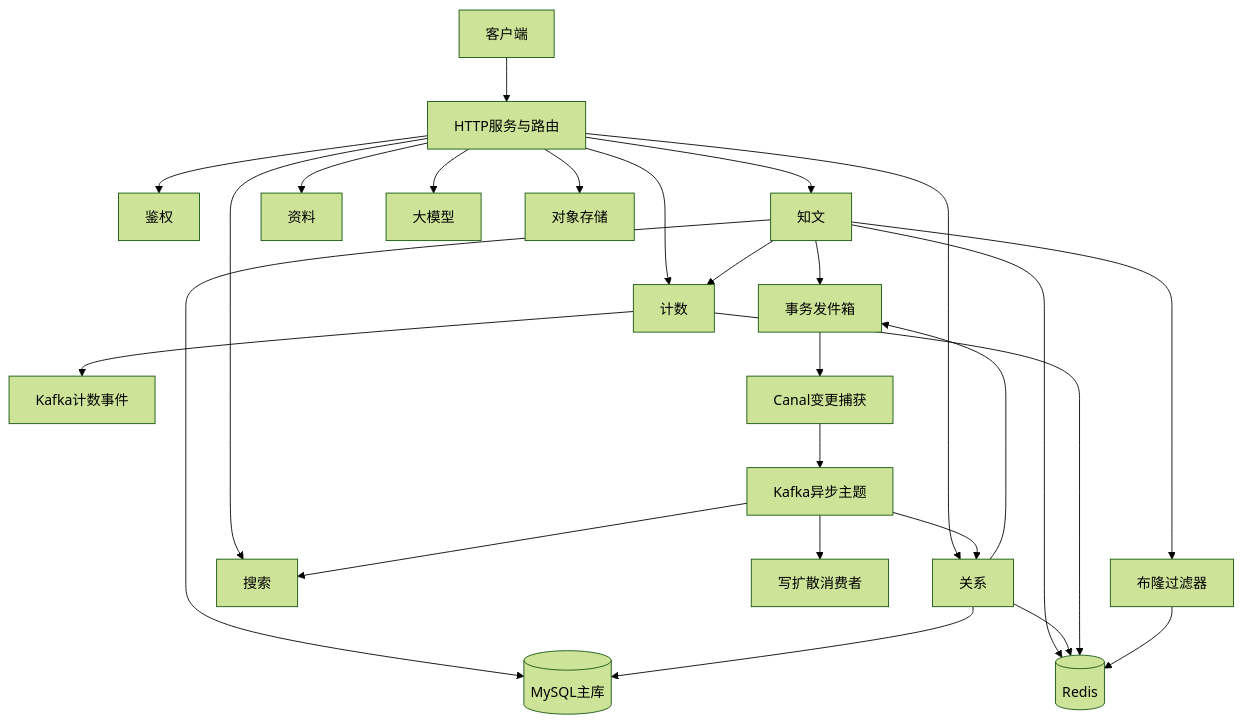
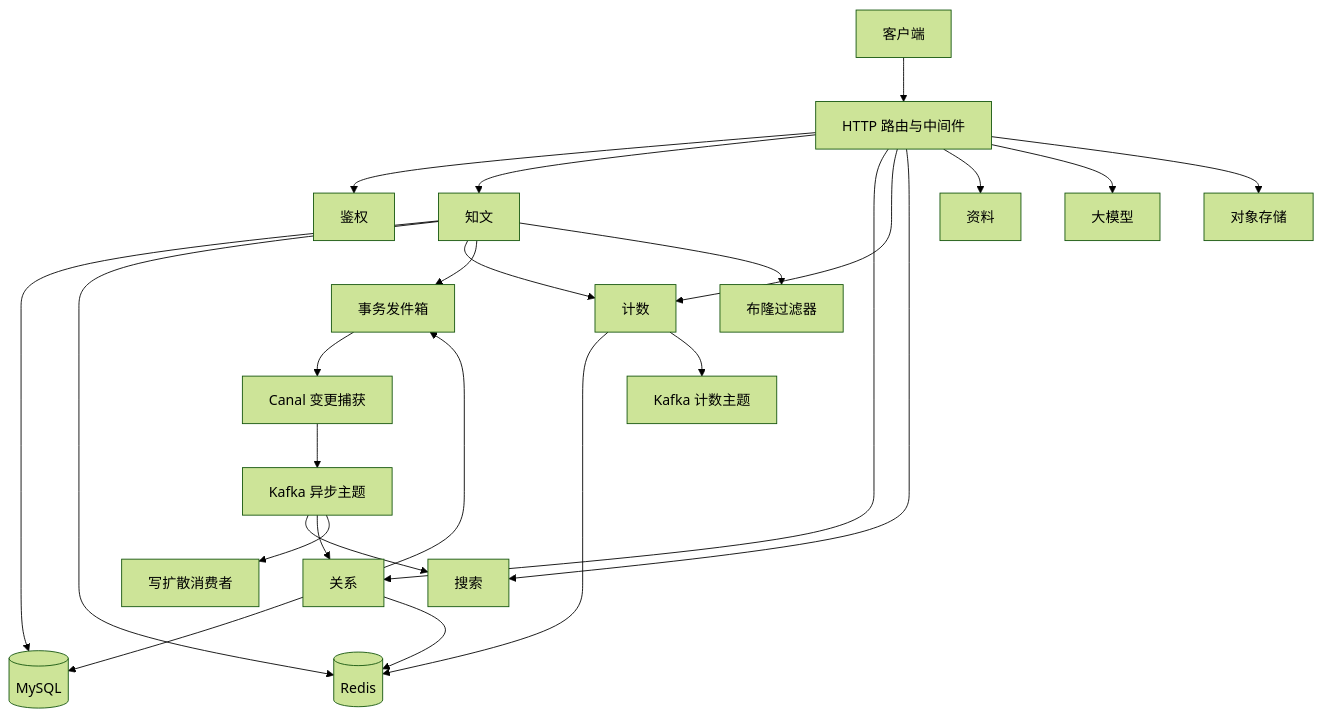
Before and after one commit to bitladykiller/zhiguang_go: the diagram in docs/modules/00-文档目录与面试导读.md, drawn with Mermaid (forest theme). The commit also changed other lines of this file and 13 other files, not shown here.

````diff
--- a/docs/modules/00-文档目录与面试导读.md
+++ b/docs/modules/00-文档目录与面试导读.md
@@ -44,33 +35,31 @@
 ```mermaid
 flowchart TB
-    A[客户端] --> B[HTTP服务与路由]
+    A[客户端] --> B[HTTP 路由与中间件]
     B --> C[鉴权]
     B --> D[知文]
     B --> E[关系]
     B --> F[计数]
     B --> G[搜索]
     B --> H[资料]
     B --> I[大模型]
     B --> J[对象存储]
 
-    D --> K[(MySQL主库)]
+    D --> K[(MySQL)]
     D --> L[(Redis)]
     D --> F
     D --> M[事务发件箱]
+    D --> N[布隆过滤器]
 
     E --> K
     E --> L
     E --> M
 
     F --> L
-    F --> N[Kafka计数事件]
+    F --> O[Kafka 计数主题]
 
-    M --> O[Canal变更捕获]
-    O --> P[Kafka异步主题]
-    P --> G
-    P --> E
-    P --> Q[写扩散消费者]
-
-    D --> R[布隆过滤器]
-    R --> L
+    M --> P[Canal 变更捕获]
+    P --> Q[Kafka 异步主题]
+    Q --> G
+    Q --> E
+    Q --> R[写扩散消费者]
 ```
````
